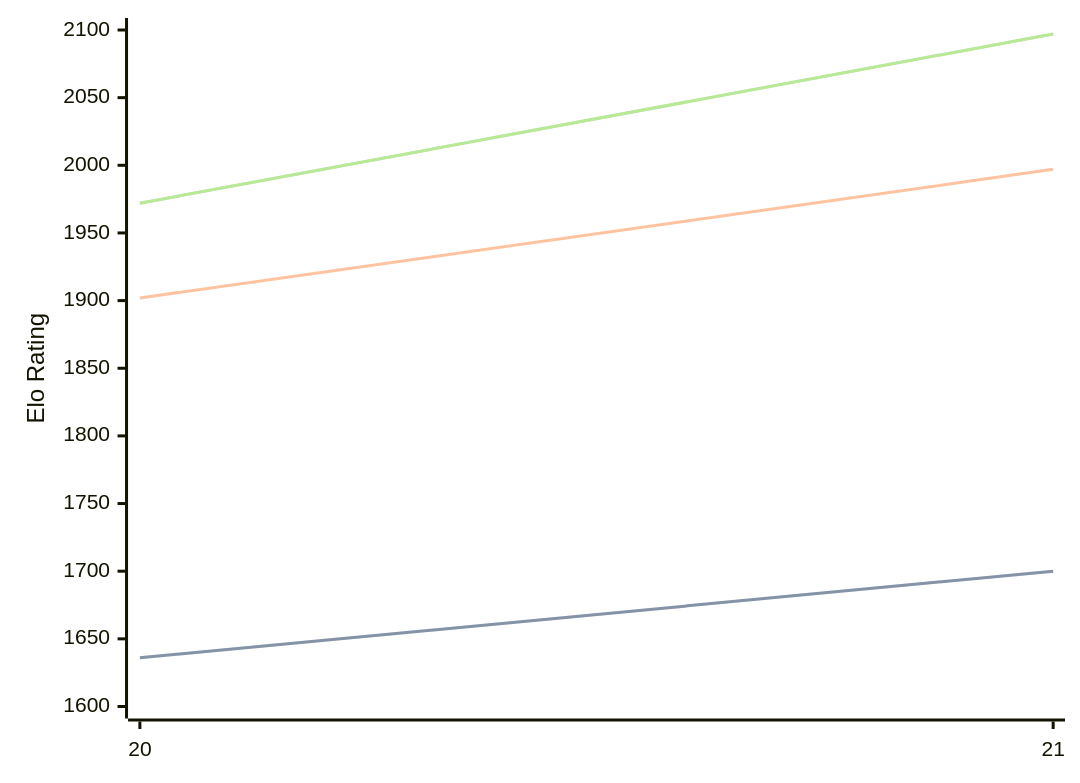
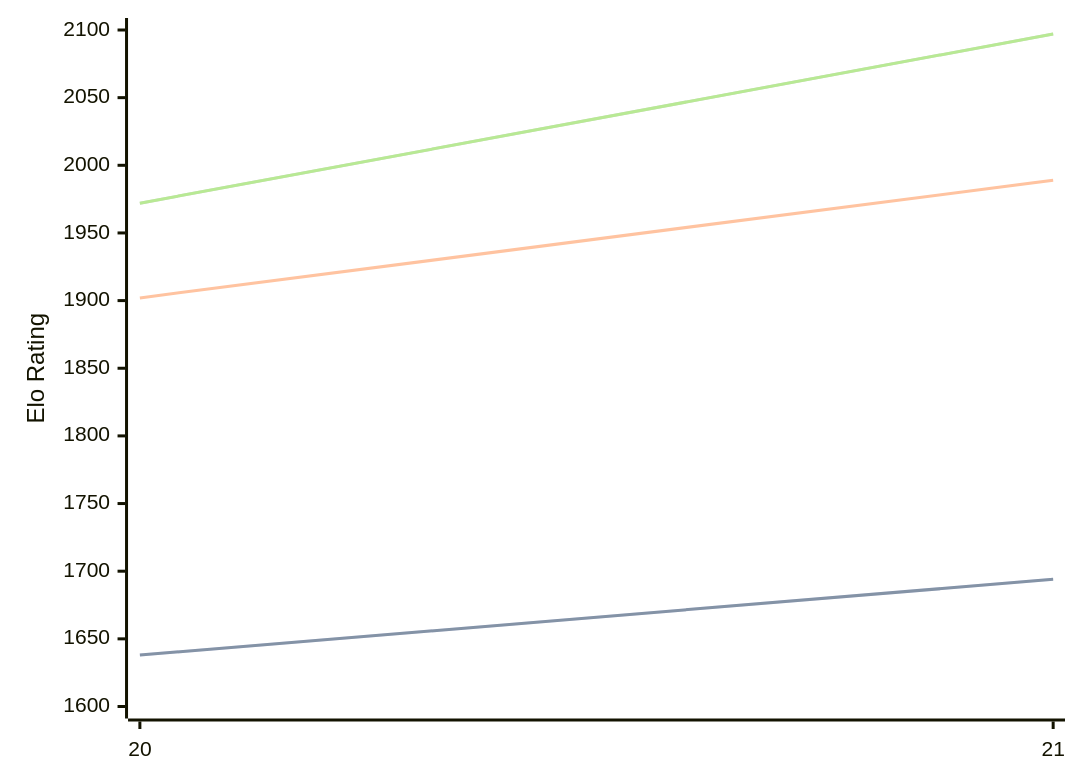
One commit to computer-chess-index/cci changed the diagram in engines/PurplePanda.md. Above: the diagram before and after it, drawn with Mermaid. The commit also changed other lines of this file, not shown here.

````diff
--- a/engines/PurplePanda.md
+++ b/engines/PurplePanda.md
@@ -40,11 +40,11 @@
 ```mermaid
 %%{init: {"theme":"base","themeVariables":{"seriesColors:['#a3a3a3','#222221','#faa371']}}}%%
 xychart-beta
   x-axis ["20", "21"]
   y-axis "Elo Rating" 1600 --> 2100
-  line "STC (8.0+0.08s)" [1636, 1700]
-  line "STC (8.0+0.08s)" [1636, 1700]
-  line "LTC (60.0+0.60s)" [1902, 1997]
+  line "STC (8.0+0.08s)" [1638, 1694]
+  line "STC (8.0+0.08s)" [1638, 1694]
+  line "LTC (60.0+0.60s)" [1902, 1989]
   line "VLTC (2m24s+1.12s)" [1972, 2097]
   line "VLTC (2m24s+1.12s)" [1972, 2097]
 ```
````
